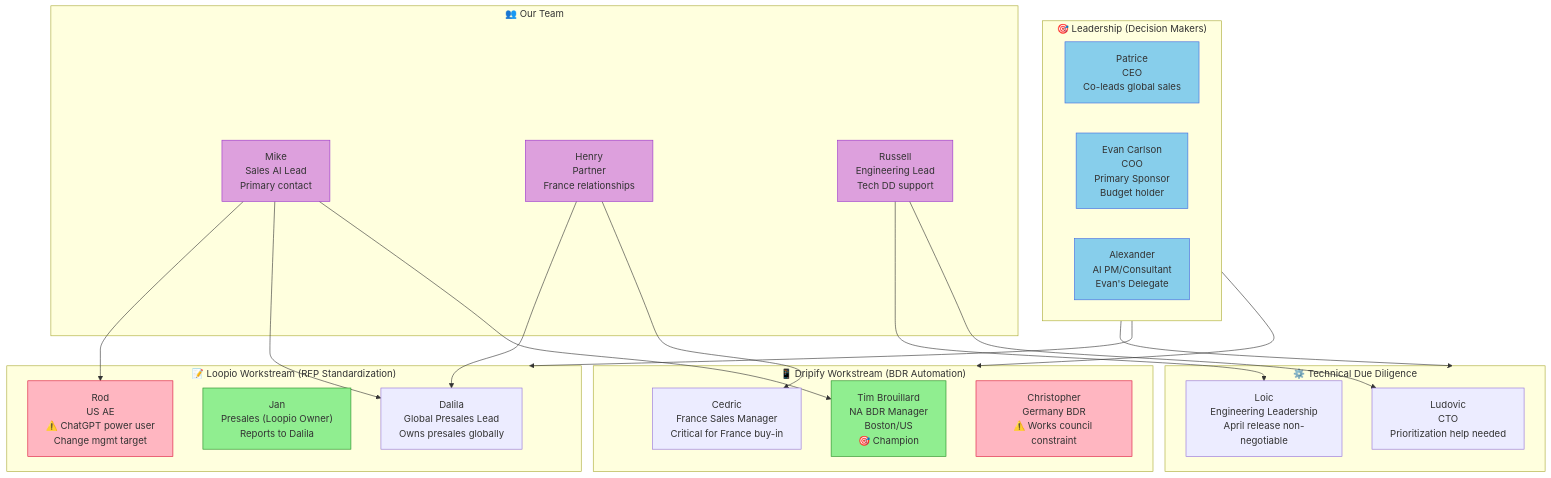
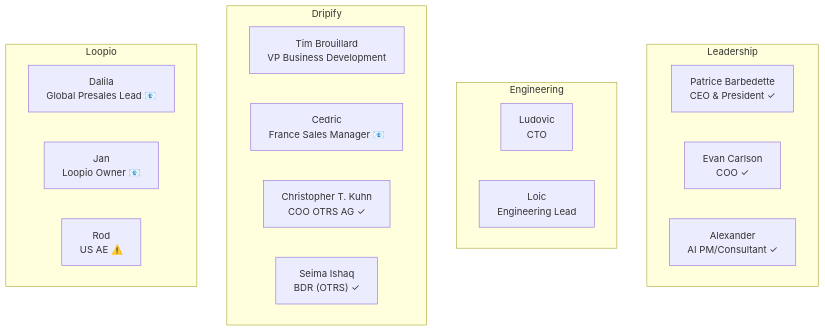
Before and after one commit to pqsoccerboy17/client-timelines: the diagram in easyvista-stakeholders.mermaid, drawn with Mermaid. The commit also changed 3 other files, not shown here.

First line of the commit message:
Update EasyVista docs with Jan 22 DACH/Dripify meeting outcomes

````diff
--- a/easyvista-stakeholders.mermaid
+++ b/easyvista-stakeholders.mermaid
@@ -1,53 +1,23 @@
 ```mermaid
 flowchart TB
-    subgraph Leadership["🎯 Leadership (Decision Makers)"]
-        Patrice["Patrice<br/>CEO<br/>Co-leads global sales"]
-        Evan["Evan Carlson<br/>COO<br/>Primary Sponsor<br/>Budget holder"]
-        Alexander["Alexander<br/>AI PM/Consultant<br/>Evan's Delegate"]
+    subgraph Leadership
+        Patrice_Barbedette["Patrice Barbedette<br/>CEO & President ✓"]
+        Evan_Carlson["Evan Carlson<br/>COO ✓"]
+        Alexander["Alexander<br/>AI PM/Consultant ✓"]
     end
-    
-    subgraph Dripify["📱 Dripify Workstream (BDR Automation)"]
-        Tim["Tim Brouillard<br/>NA BDR Manager<br/>Boston/US<br/>🎯 Champion"]
-        Cedric["Cedric<br/>France Sales Manager<br/>Critical for France buy-in"]
-        Christopher["Christopher<br/>Germany BDR<br/>⚠️ Works council constraint"]
+    subgraph Engineering
+        Ludovic["Ludovic<br/>CTO "]
+        Loic["Loic<br/>Engineering Lead "]
     end
-    
-    subgraph Loopio["📝 Loopio Workstream (RFP Standardization)"]
-        Dalila["Dalila<br/>Global Presales Lead<br/>Owns presales globally"]
-        Jan["Jan<br/>Presales (Loopio Owner)<br/>Reports to Dalila"]
-        Rod["Rod<br/>US AE<br/>⚠️ ChatGPT power user<br/>Change mgmt target"]
+    subgraph Dripify
+        Tim_Brouillard["Tim Brouillard<br/>VP Business Development "]
+        Cedric["Cedric<br/>France Sales Manager 📧"]
+        Christopher_T._Kuhn["Christopher T. Kuhn<br/>COO OTRS AG ✓"]
+        Seima_Ishaq["Seima Ishaq<br/>BDR (OTRS) ✓"]
     end
-    
-    subgraph TechDD["⚙️ Technical Due Diligence"]
-        Ludovic["Ludovic<br/>CTO<br/>Prioritization help needed"]
-        Loic["Loic<br/>Engineering Leadership<br/>April release non-negotiable"]
+    subgraph Loopio
+        Dalila["Dalila<br/>Global Presales Lead 📧"]
+        Jan["Jan<br/>Loopio Owner 📧"]
+        Rod["Rod<br/>US AE ⚠️"]
     end
-    
-    subgraph OurTeam["👥 Our Team"]
-        Mike["Mike<br/>Sales AI Lead<br/>Primary contact"]
-        Henry["Henry<br/>Partner<br/>France relationships"]
-        Russell["Russell<br/>Engineering Lead<br/>Tech DD support"]
-    end
-    
-    Leadership --> Dripify
-    Leadership --> Loopio
-    Leadership --> TechDD
-    
-    Mike --> Tim
-    Mike --> Dalila
-    Mike --> Rod
-    Henry --> Cedric
-    Henry --> Dalila
-    Russell --> Ludovic
-    Russell --> Loic
-    
-    classDef champion fill:#90EE90,stroke:#228B22
-    classDef risk fill:#FFB6C1,stroke:#DC143C
-    classDef leader fill:#87CEEB,stroke:#4169E1
-    classDef team fill:#DDA0DD,stroke:#9932CC
-    
-    class Tim,Jan champion
-    class Rod,Christopher risk
-    class Patrice,Evan,Alexander leader
-    class Mike,Henry,Russell team
 ```
````
